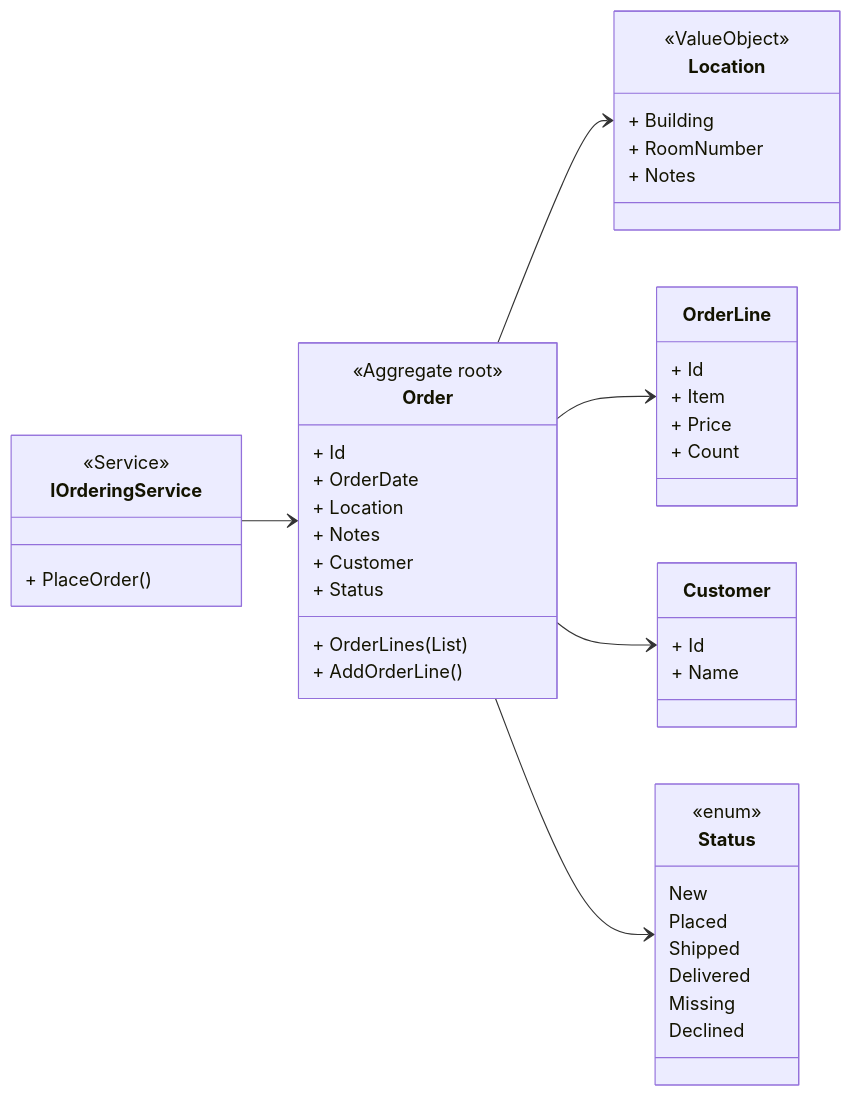
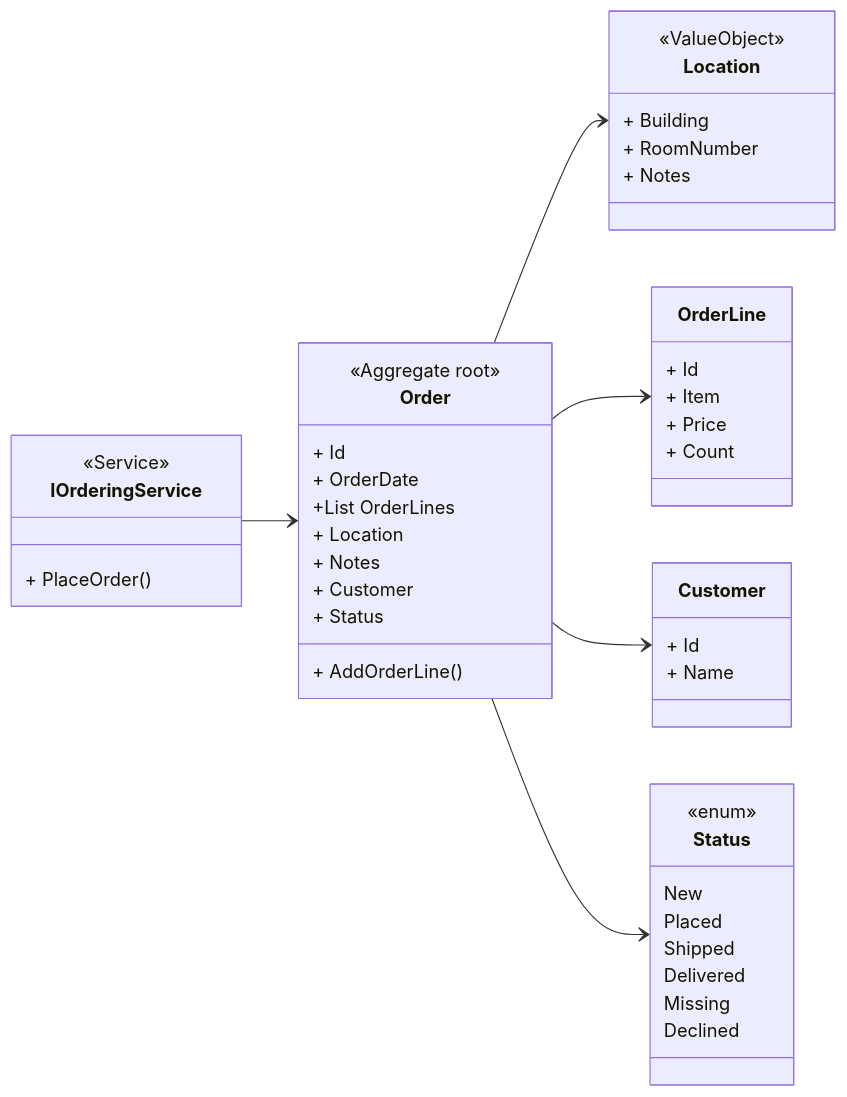
Before and after one commit to fatimamatieva/DAT240_ASSIGNMENTS: the diagram in Lab3/docs/4.mmd, drawn with Mermaid. The commit also changed 11 other files, not shown here.

```diff
--- a/Lab3/docs/4.mmd
+++ b/Lab3/docs/4.mmd
@@ -1,49 +1,49 @@
 
 classDiagram
     direction LR
     class IOrderingService {
         <<Service>>
         + PlaceOrder()
     }
     class Order {
         <<Aggregate root>>
         + Id
         + OrderDate
-        + OrderLines (List)
+        +List OrderLines
         + Location
         + Notes
         + Customer
         + Status
         + AddOrderLine()
     }
 
     class OrderLine{
         + Id
         + Item
         + Price
         + Count
     }
     class Location {
         <<ValueObject>>
         + Building
         + RoomNumber
         + Notes
     }
     class Customer {
         + Id
         + Name
     }
     class Status {
         <<enum>>
         New
         Placed
         Shipped
         Delivered
         Missing
         Declined
     }
     IOrderingService --> Order
     Order --> Location
     Order --> OrderLine
     Order --> Customer
     Order --> Status
```
